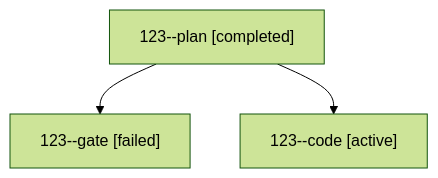
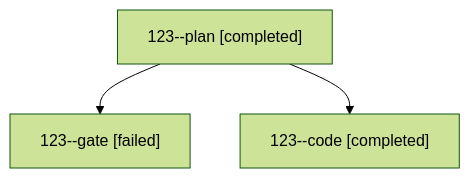
The diagram in sessions/bbugyi200.athena.123.md (bobs-org/bob-cli--agents), drawn with Mermaid (forest theme) before and after one commit. The commit also changed other lines of this file and 21 other files, not shown here.

````diff
--- a/sessions/bbugyi200.athena.123.md
+++ b/sessions/bbugyi200.athena.123.md
@@ -9,8 +9,8 @@
 ```mermaid
 flowchart TD
   n0["123--plan [completed]"]
   n1["123--gate [failed]"]
   n0 --> n1
-  n2["123--code [active]"]
+  n2["123--code [completed]"]
   n0 --> n2
 ```
````
